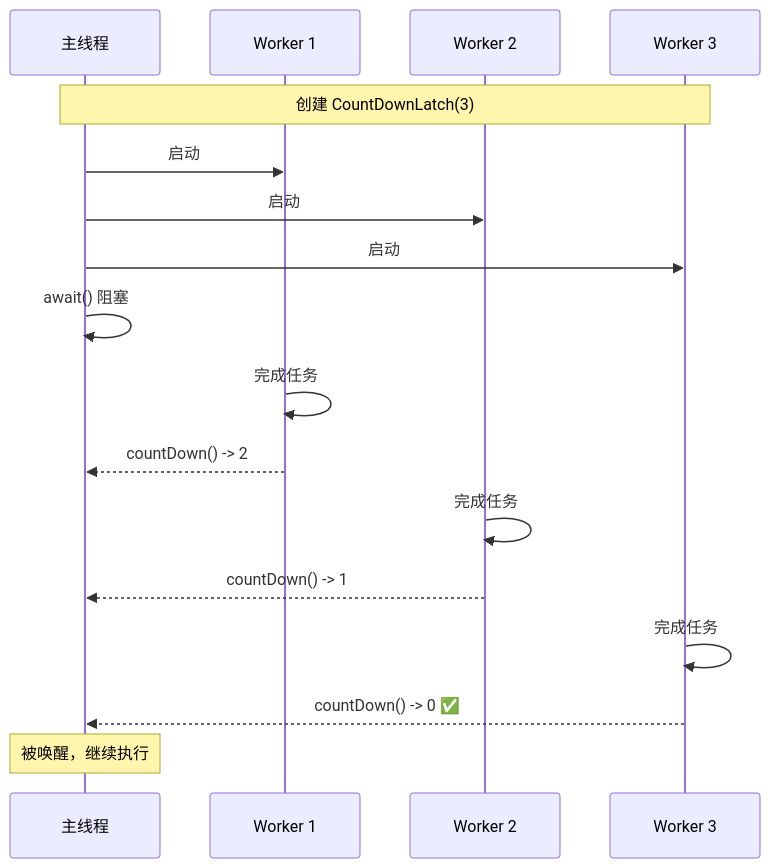
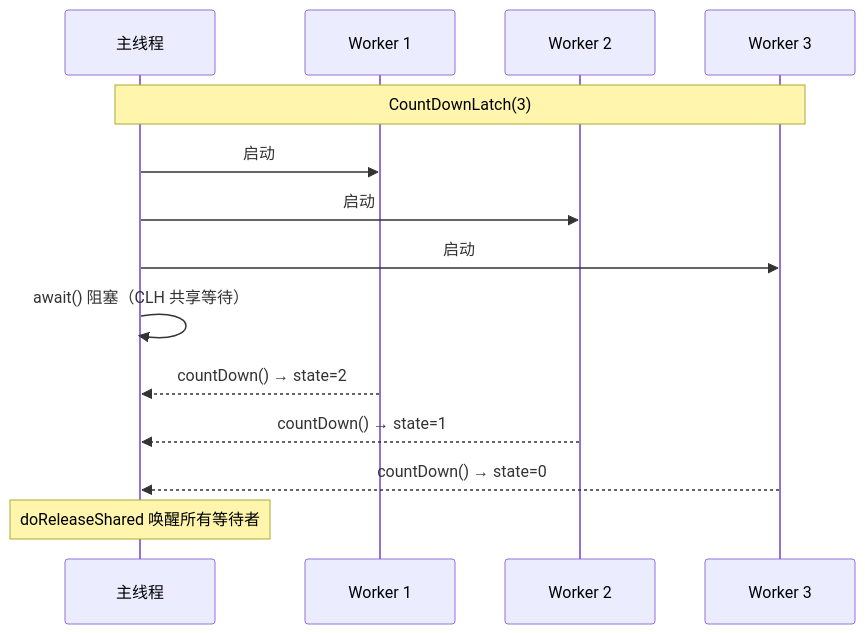
The third of 5 diagrams in content/posts/并发编程/Semaphore vs CountDownLatch vs CyclicBarrier——三兄弟的使用场景.md (guozy502/my-tech-blog), drawn with Mermaid before and after one commit. The commit also changed other lines of this file and 52 other files, not shown here.

````diff
--- a/content/posts/并发编程/Semaphore vs CountDownLatch vs CyclicBarrier——三兄弟的使用场景.md
+++ b/content/posts/并发编程/Semaphore vs CountDownLatch vs CyclicBarrier——三兄弟的使用场景.md
@@ -134,23 +141,19 @@
 ```mermaid
 sequenceDiagram
     participant MAIN as 主线程
     participant W1 as Worker 1
     participant W2 as Worker 2
     participant W3 as Worker 3
     
-    Note over MAIN,W3: 创建 CountDownLatch(3)
+    Note over MAIN,W3: CountDownLatch(3)
     
     MAIN->>W1: 启动
     MAIN->>W2: 启动
     MAIN->>W3: 启动
-    MAIN->>MAIN: await() 阻塞
+    MAIN->>MAIN: await() 阻塞（CLH 共享等待）
     
-    W1->>W1: 完成任务
-    W1-->>MAIN: countDown() -> 2
-    W2->>W2: 完成任务
-    W2-->>MAIN: countDown() -> 1
-    W3->>W3: 完成任务
-    W3-->>MAIN: countDown() -> 0 ✅
-    
-    Note over MAIN: 被唤醒，继续执行
+    W1-->>MAIN: countDown() → state=2
+    W2-->>MAIN: countDown() → state=1
+    W3-->>MAIN: countDown() → state=0
+    Note over MAIN: doReleaseShared 唤醒所有等待者
 ```
````
